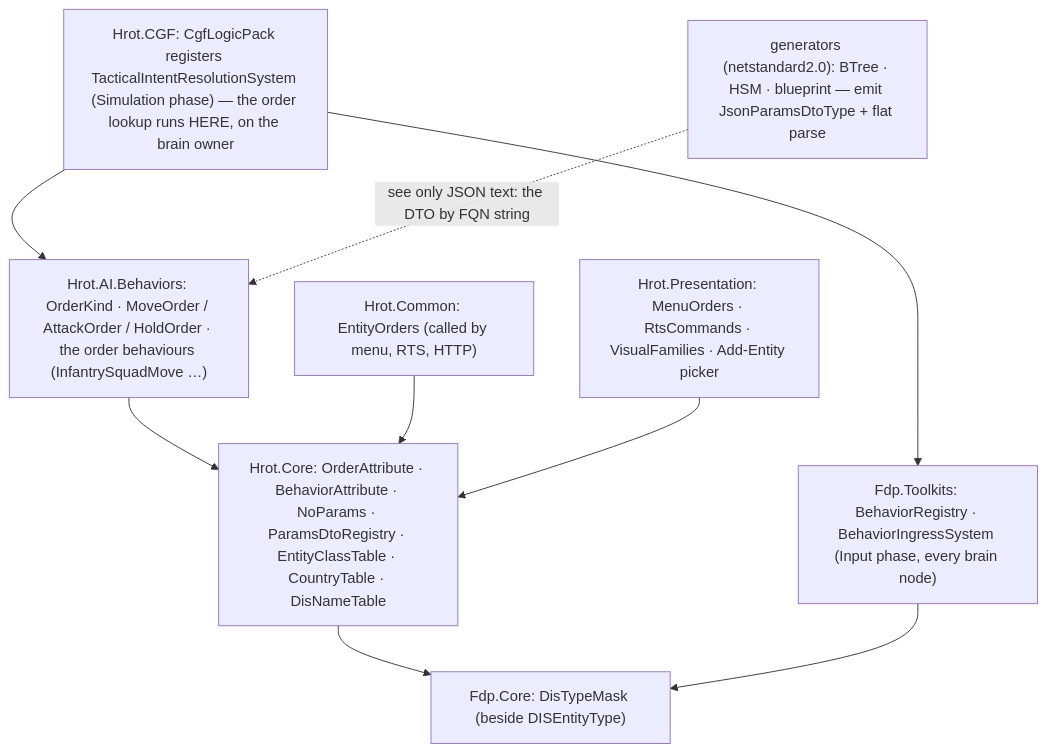
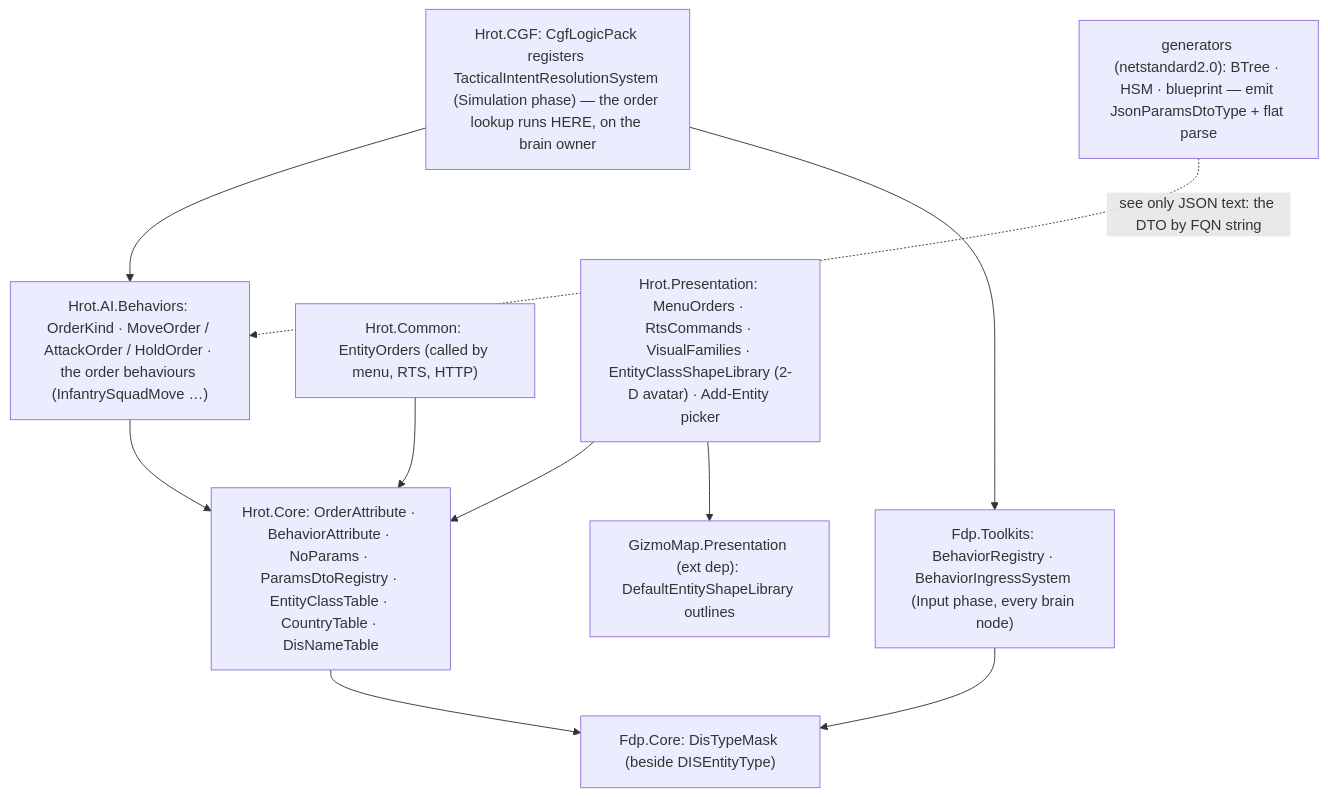
The fourth of 5 diagrams in docs/DESIGN_Orders_Params_Entity_Classes.md (pjanec/HROT), drawn with Mermaid before and after one commit. The commit also changed other lines of this file and 15 other files, not shown here.

````diff
--- a/docs/DESIGN_Orders_Params_Entity_Classes.md
+++ b/docs/DESIGN_Orders_Params_Entity_Classes.md
@@ -152,19 +156,21 @@
 ```mermaid
 graph TD
   CORE["Hrot.Core: OrderAttribute · BehaviorAttribute · NoParams · ParamsDtoRegistry · EntityClassTable · CountryTable · DisNameTable"]
   FCORE["Fdp.Core: DisTypeMask (beside DISEntityType)"]
   AIB["Hrot.AI.Behaviors: OrderKind · MoveOrder / AttackOrder / HoldOrder · the order behaviours (InfantrySquadMove …)"]
   TK["Fdp.Toolkits: BehaviorRegistry · BehaviorIngressSystem (Input phase, every brain node)"]
   CGF["Hrot.CGF: CgfLogicPack registers TacticalIntentResolutionSystem (Simulation phase) — the order lookup runs HERE, on the brain owner"]
   COM["Hrot.Common: EntityOrders (called by menu, RTS, HTTP)"]
-  PRES["Hrot.Presentation: MenuOrders · RtsCommands · VisualFamilies · Add-Entity picker"]
+  PRES["Hrot.Presentation: MenuOrders · RtsCommands · VisualFamilies · EntityClassShapeLibrary (2-D avatar) · Add-Entity picker"]
+  GZ["GizmoMap.Presentation (ext dep): DefaultEntityShapeLibrary outlines"]
   GEN["generators (netstandard2.0): BTree · HSM · blueprint — emit JsonParamsDtoType + flat parse"]
   CORE --> FCORE
   AIB --> CORE
   TK --> FCORE
   CGF --> AIB
   CGF --> TK
   COM --> CORE
   PRES --> CORE
+  PRES --> GZ
   GEN -.->|"see only JSON text: the DTO by FQN string"| AIB
 ```
````
